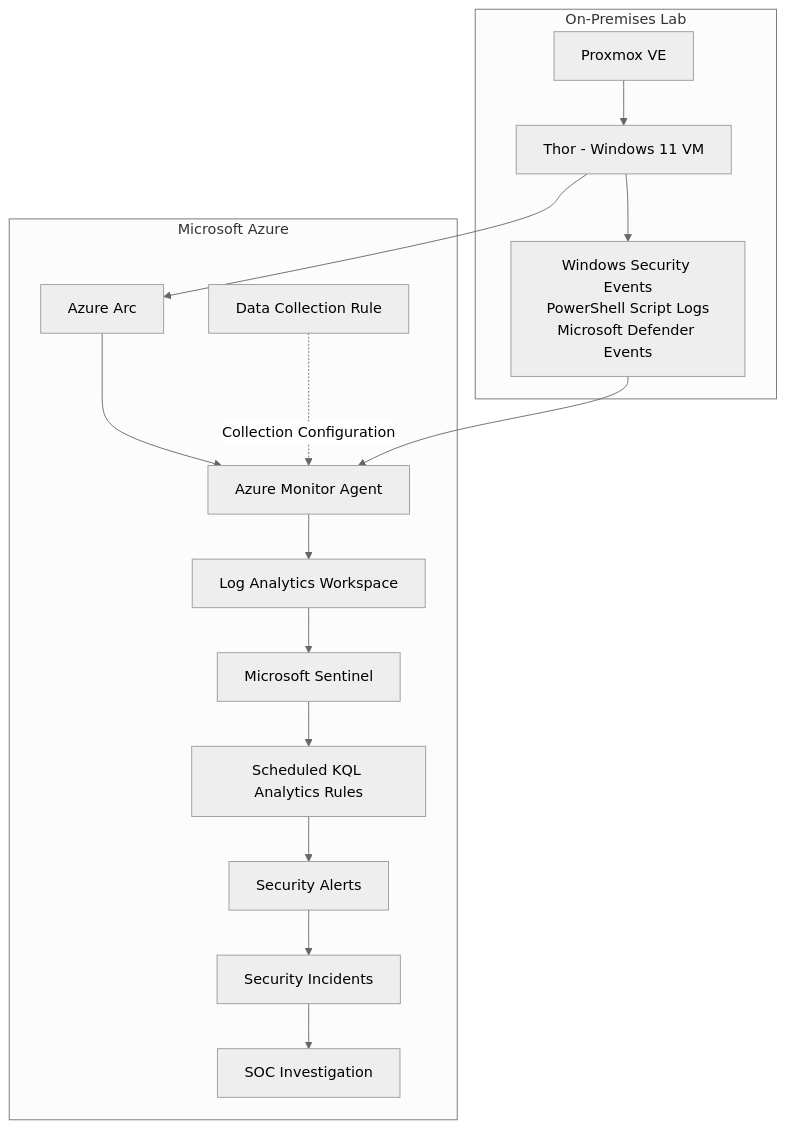
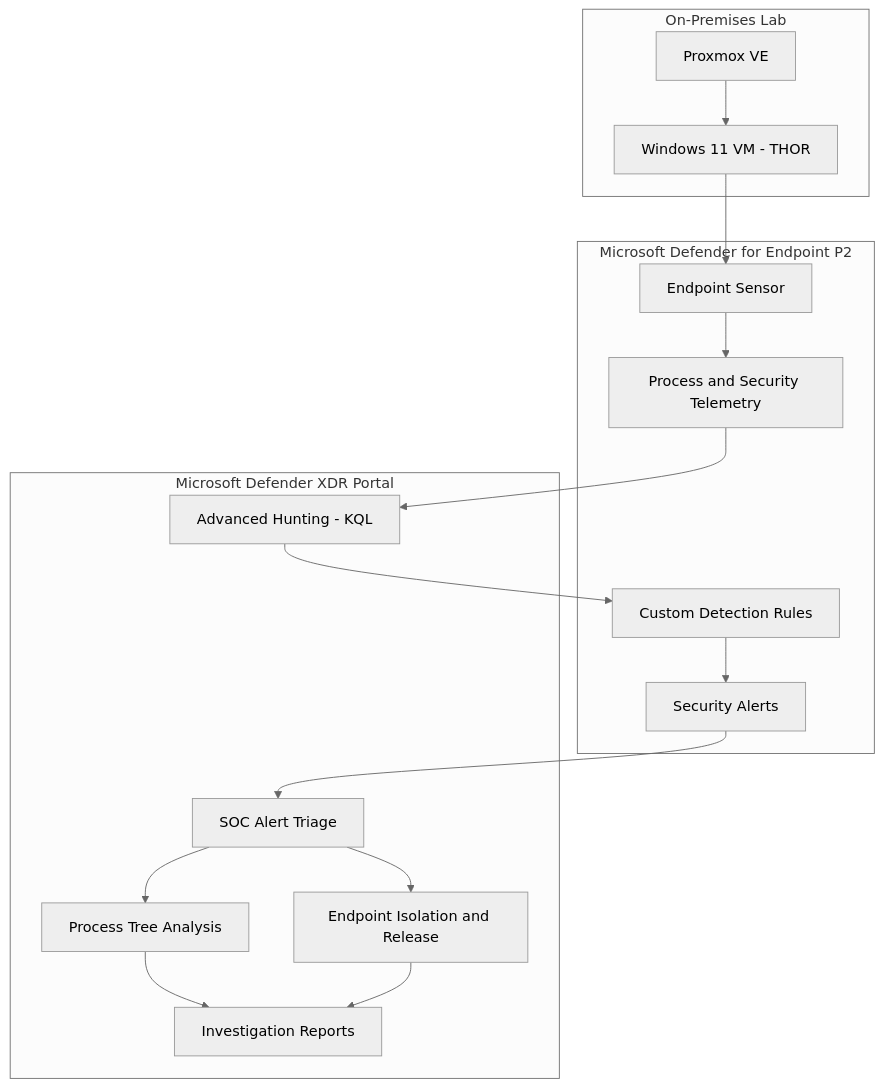
One commit to CyberAmal/microsoft-sentinel-cloud-soc changed the first of 2 diagrams in README.md. Above: the diagram before and after it, drawn with Mermaid (neutral theme). The commit also changed other lines of this file, not shown here.

````diff
--- a/README.md
+++ b/README.md
@@ -27,33 +32,34 @@
 ```mermaid
 flowchart TD
-    subgraph HOME["On-Premises Lab"]
+    subgraph LAB["On-Premises Lab"]
         P["Proxmox VE"]
-        W["Thor - Windows 11 VM"]
-        LOG["Windows Security Events<br/>PowerShell Script Logs<br/>Microsoft Defender Events"]
+        W["Windows 11 VM - THOR"]
         P --> W
-        W --> LOG
     end
 
-    subgraph CLOUD["Microsoft Azure"]
-        ARC["Azure Arc"]
-        AMA["Azure Monitor Agent"]
-        DCR["Data Collection Rule"]
-        LAW["Log Analytics Workspace"]
-        SENT["Microsoft Sentinel"]
-        RULE["Scheduled KQL Analytics Rules"]
+    subgraph EDR["Microsoft Defender for Endpoint P2"]
+        SENSOR["Endpoint Sensor"]
+        TELEMETRY["Process and Security Telemetry"]
+        DETECTION["Custom Detection Rules"]
         ALERT["Security Alerts"]
-        INC["Security Incidents"]
-        INV["SOC Investigation"]
     end
 
-    W --> ARC
-    ARC --> AMA
-    LOG --> AMA
-    DCR -. "Collection Configuration" .-> AMA
-    AMA --> LAW
-    LAW --> SENT
-    SENT --> RULE
-    RULE --> ALERT
-    ALERT --> INC
-    INC --> INV
+    subgraph SOC["Microsoft Defender XDR Portal"]
+        HUNT["Advanced Hunting - KQL"]
+        TRIAGE["SOC Alert Triage"]
+        PROCESS["Process Tree Analysis"]
+        RESPONSE["Endpoint Isolation and Release"]
+        REPORT["Investigation Reports"]
+    end
+
+    W --> SENSOR
+    SENSOR --> TELEMETRY
+    TELEMETRY --> HUNT
+    HUNT --> DETECTION
+    DETECTION --> ALERT
+    ALERT --> TRIAGE
+    TRIAGE --> PROCESS
+    TRIAGE --> RESPONSE
+    PROCESS --> REPORT
+    RESPONSE --> REPORT
 ```
````
